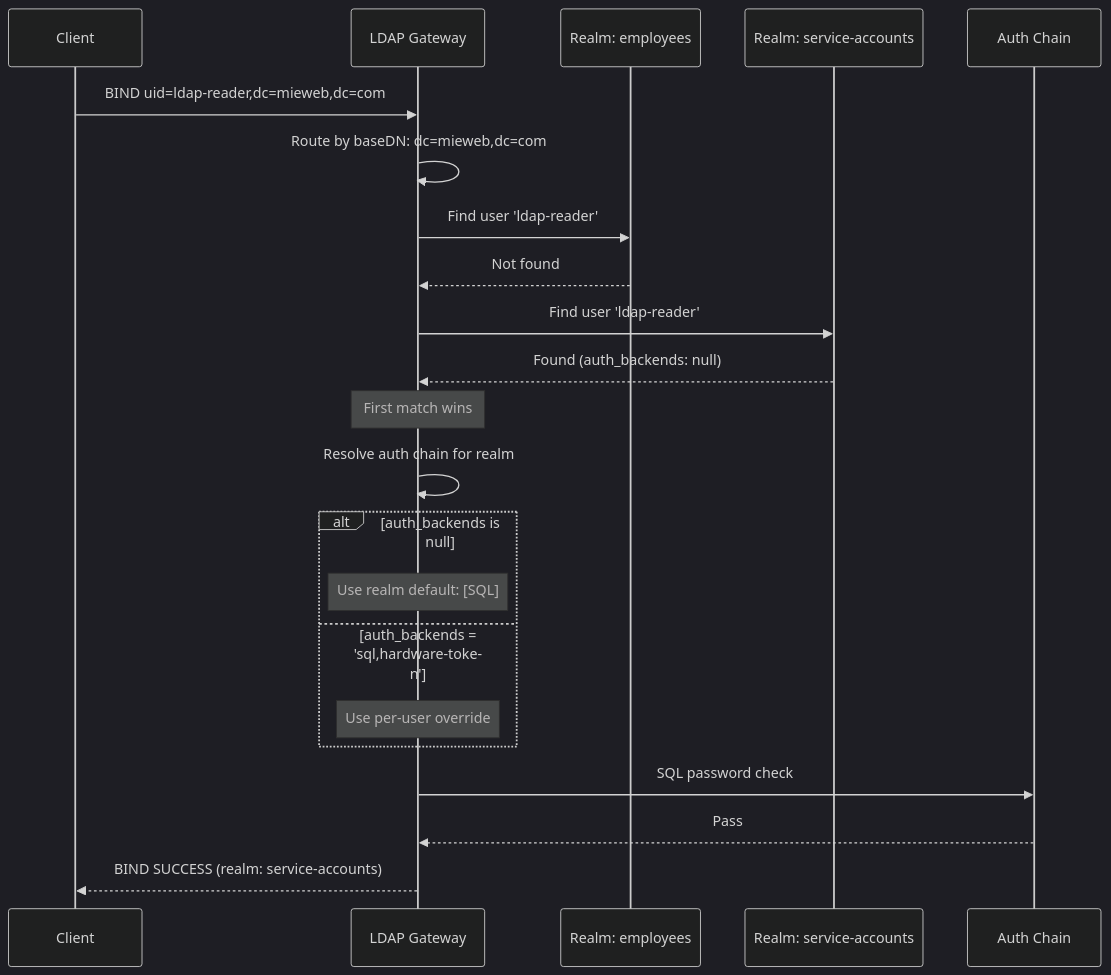
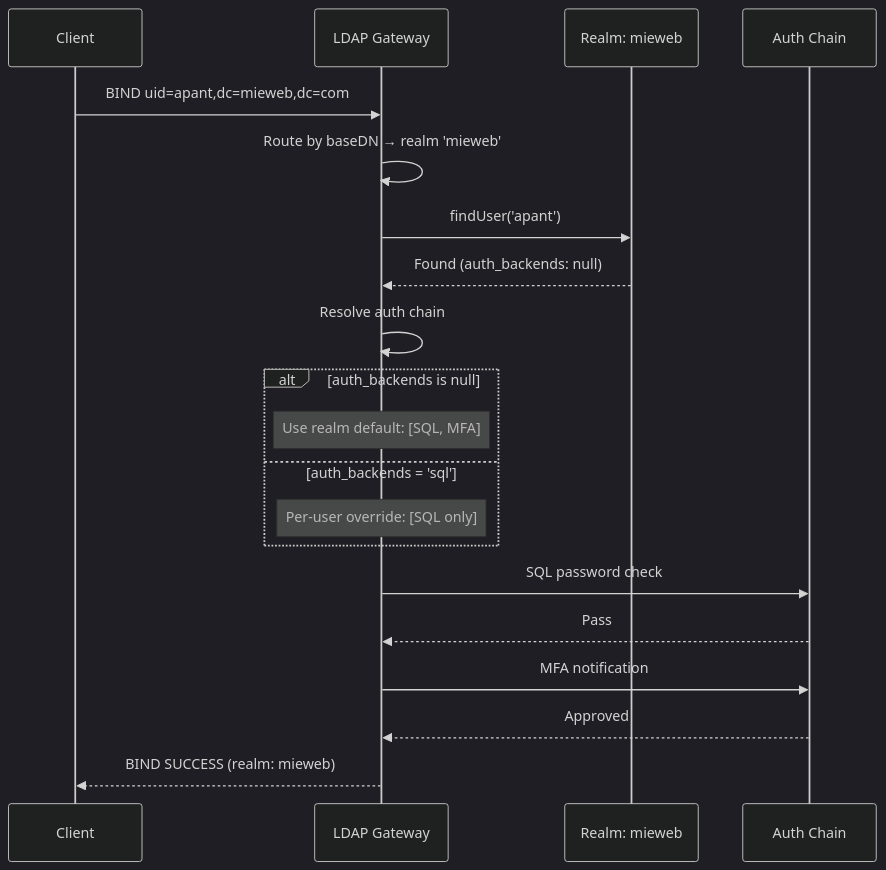
The second of 4 diagrams in docs/MULTI-REALM-ARCHITECTURE.md (mieweb/LDAPServer), drawn with Mermaid (dark theme) before and after one commit. The commit also changed other lines of this file and 7 other files, not shown here.

Commit message:
Enforce 1:1 baseDN-to-realm and remove cross-realm fallback

````diff
--- a/docs/MULTI-REALM-ARCHITECTURE.md
+++ b/docs/MULTI-REALM-ARCHITECTURE.md
@@ -107,33 +97,29 @@
 ```mermaid
 sequenceDiagram
     participant Client
     participant Gateway as LDAP Gateway
-    participant R1 as Realm: employees
-    participant R2 as Realm: service-accounts
+    participant Realm as Realm: mieweb
     participant Auth as Auth Chain
 
-    Client->>Gateway: BIND uid=ldap-reader,dc=mieweb,dc=com
+    Client->>Gateway: BIND uid=apant,dc=mieweb,dc=com
 
-    Gateway->>Gateway: Route by baseDN: dc=mieweb,dc=com
+    Gateway->>Gateway: Route by baseDN → realm 'mieweb'
 
-    Gateway->>R1: Find user 'ldap-reader'
-    R1-->>Gateway: Not found
+    Gateway->>Realm: findUser('apant')
+    Realm-->>Gateway: Found (auth_backends: null)
 
-    Gateway->>R2: Find user 'ldap-reader'
-    R2-->>Gateway: Found (auth_backends: null)
-
-    Note over Gateway: First match wins
-
-    Gateway->>Gateway: Resolve auth chain for realm
+    Gateway->>Gateway: Resolve auth chain
 
     alt auth_backends is null
-        Note over Gateway: Use realm default: [SQL]
-    else auth_backends = 'sql,hardware-token'
-        Note over Gateway: Use per-user override
+        Note over Gateway: Use realm default: [SQL, MFA]
+    else auth_backends = 'sql'
+        Note over Gateway: Per-user override: [SQL only]
     end
 
     Gateway->>Auth: SQL password check
     Auth-->>Gateway: Pass
+    Gateway->>Auth: MFA notification
+    Auth-->>Gateway: Approved
 
-    Gateway-->>Client: BIND SUCCESS (realm: service-accounts)
+    Gateway-->>Client: BIND SUCCESS (realm: mieweb)
 ```
````
